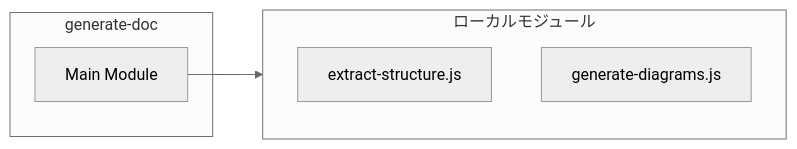
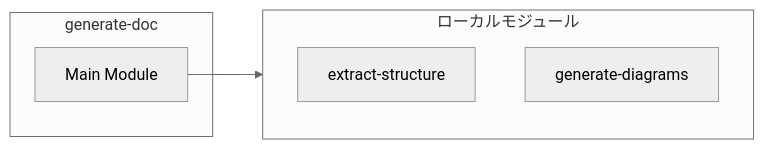
The second of 2 diagrams in ABDD/.pi/extensions/code-structure-analyzer/tools/generate-doc.md (Mekann2904/mekann), drawn with Mermaid (neutral theme) before and after one commit. The commit also changed other lines of this file and 174 other files, not shown here.

First line of the commit message:
fix(docs): ABDDのMermaid図生成エラーを修正する

````diff
--- a/ABDD/.pi/extensions/code-structure-analyzer/tools/generate-doc.md
+++ b/ABDD/.pi/extensions/code-structure-analyzer/tools/generate-doc.md
@@ -63,11 +63,11 @@
 ```mermaid
 flowchart LR
   subgraph this[generate-doc]
     main[Main Module]
   end
   subgraph local[ローカルモジュール]
-    extract_structure_js["extract-structure.js"]
-    generate_diagrams_js["generate-diagrams.js"]
+    extract_structure["extract-structure"]
+    generate_diagrams["generate-diagrams"]
   end
   main --> local
 ```
````
